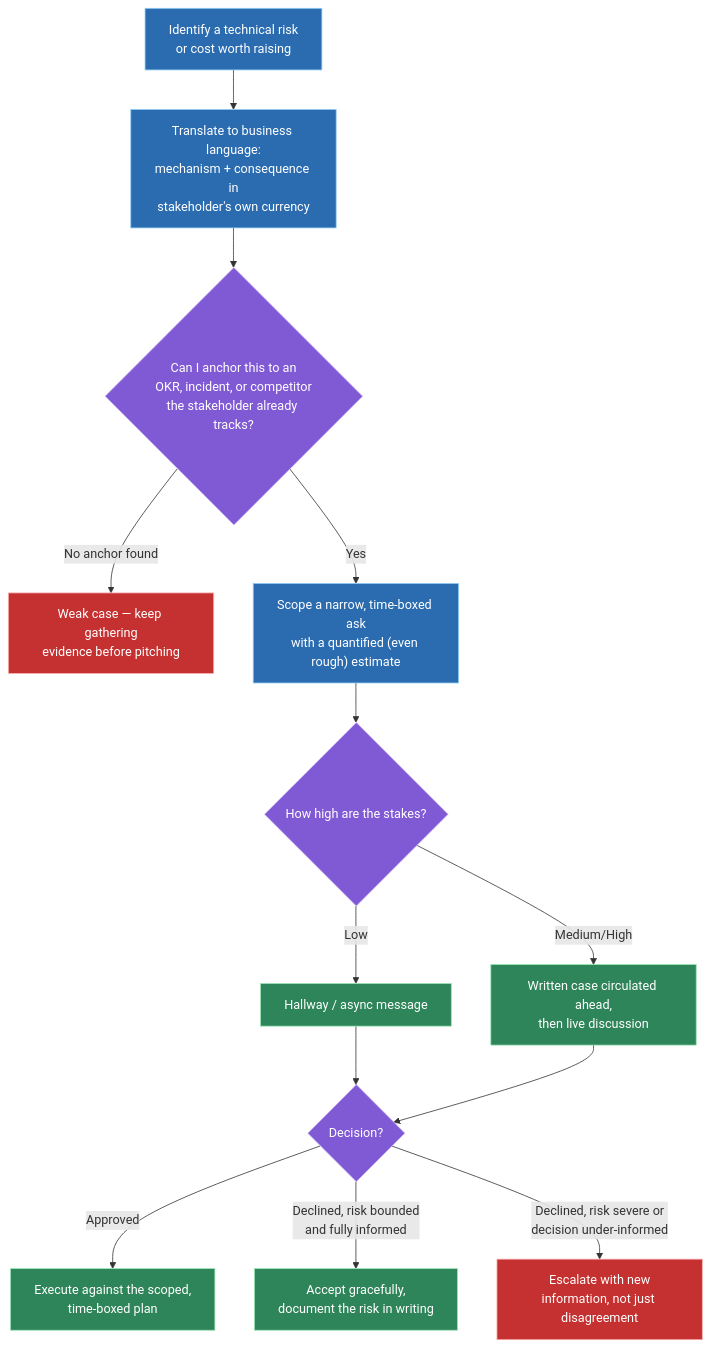
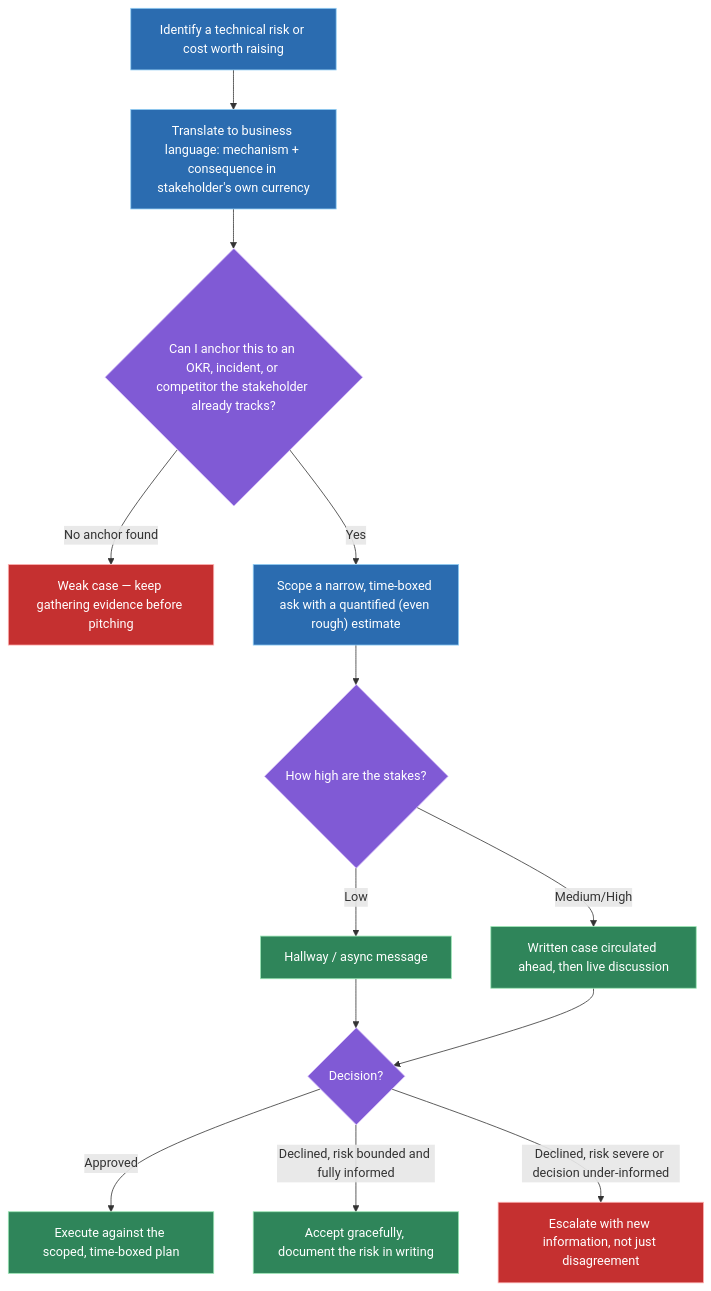
One commit to vinayakhumberi/litmus changed the first of 2 diagrams in data/topics/influencing-upward.md. Above: the diagram before and after it, drawn with Mermaid. The commit also changed other lines of this file and 68 other files, not shown here.

````diff
--- a/data/topics/influencing-upward.md
+++ b/data/topics/influencing-upward.md
@@ -102,25 +102,25 @@
 ```mermaid
 graph TD
-    A["Identify a technical risk<br>or cost worth raising"] --> B["Translate to business language:<br>mechanism + consequence in<br>stakeholder's own currency"]
-    B --> C{"Can I anchor this to an<br>OKR, incident, or competitor<br>the stakeholder already tracks?"}
-    C -- "No anchor found" --> D["Weak case — keep gathering<br>evidence before pitching"]
-    C -- "Yes" --> E["Scope a narrow, time-boxed ask<br>with a quantified (even rough) estimate"]
+    A["Identify a technical risk or cost worth raising"] --> B["Translate to business language: mechanism + consequence in stakeholder's own currency"]
+    B --> C{"Can I anchor this to an OKR, incident, or competitor the stakeholder already tracks?"}
+    C -- "No anchor found" --> D["Weak case — keep gathering evidence before pitching"]
+    C -- "Yes" --> E["Scope a narrow, time-boxed ask with a quantified (even rough) estimate"]
     E --> F{"How high are the stakes?"}
     F -- "Low" --> G["Hallway / async message"]
-    F -- "Medium/High" --> H["Written case circulated ahead,<br>then live discussion"]
+    F -- "Medium/High" --> H["Written case circulated ahead, then live discussion"]
     G --> I{"Decision?"}
     H --> I
-    I -- "Approved" --> J["Execute against the scoped,<br>time-boxed plan"]
-    I -- "Declined, risk bounded<br>and fully informed" --> K["Accept gracefully,<br>document the risk in writing"]
-    I -- "Declined, risk severe or<br>decision under-informed" --> L["Escalate with new<br>information, not just disagreement"]
+    I -- "Approved" --> J["Execute against the scoped, time-boxed plan"]
+    I -- "Declined, risk bounded and fully informed" --> K["Accept gracefully, document the risk in writing"]
+    I -- "Declined, risk severe or decision under-informed" --> L["Escalate with new information, not just disagreement"]
 
     classDef start fill:#2b6cb0,stroke:#90cdf4,color:#fff
     classDef decision fill:#805ad5,stroke:#d6bcfa,color:#fff
     classDef warn fill:#c53030,stroke:#feb2b2,color:#fff
     classDef good fill:#2f855a,stroke:#9ae6b4,color:#fff
 
     class A,B,E start
     class C,F,I decision
     class D,L warn
     class G,H,J,K good
 ```
````
